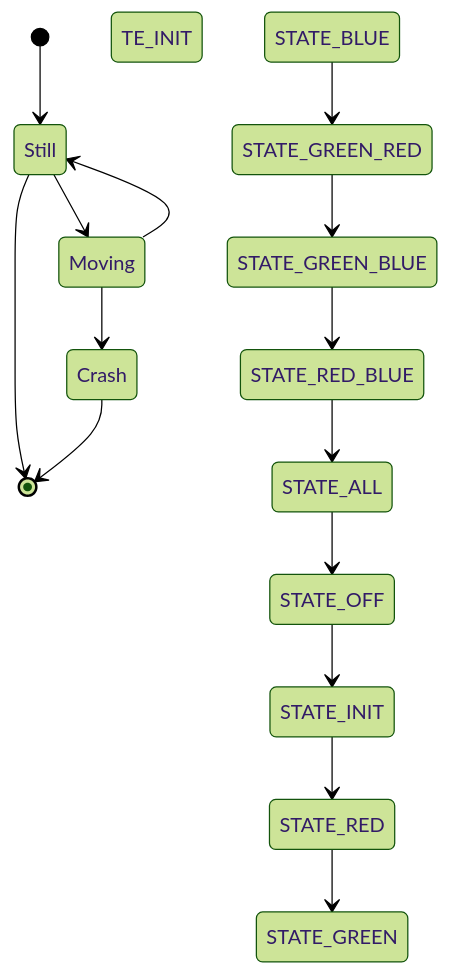
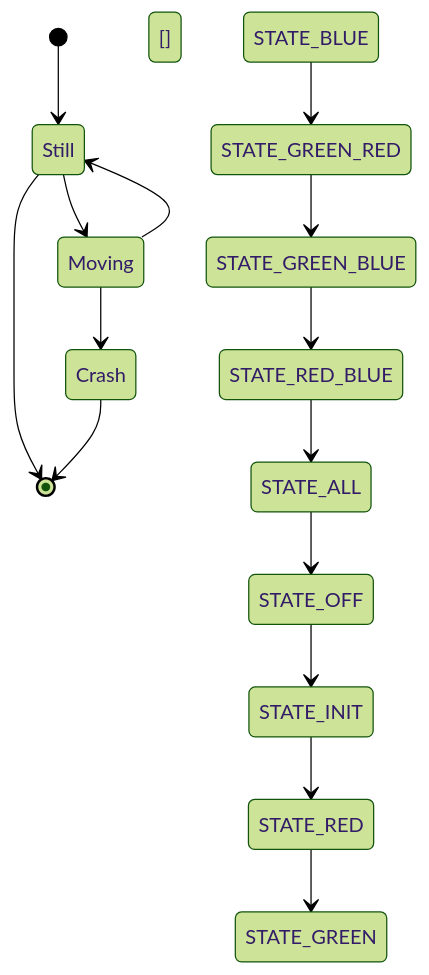
Before and after one commit to AngelMzno/iodraw-files: the diagram in all/Mapa de Estado.md, drawn with Mermaid (forest theme).

Commit message:
2024-09-03 19:37:38 update

````diff
--- a/all/Mapa de Estado.md
+++ b/all/Mapa de Estado.md
@@ -1,22 +1,22 @@
 ```mermaid
 stateDiagram-v2
     [*] --> Still
     Still --> [*]
     Still --> Moving
     Moving --> Still
     Moving --> Crash
     Crash --> [*]
 
-TE_INIT
+[]
 STATE_INIT --> STATE_RED
 STATE_RED --> STATE_GREEN
 STATE_BLUE -->STATE_GREEN_RED
 STATE_GREEN_RED -->STATE_GREEN_BLUE
 STATE_GREEN_BLUE-->STATE_RED_BLUE
 STATE_RED_BLUE-->STATE_ALL
 STATE_ALL-->STATE_OFF
 STATE_OFF-->STATE_INIT
 
 
 
 ```
````
